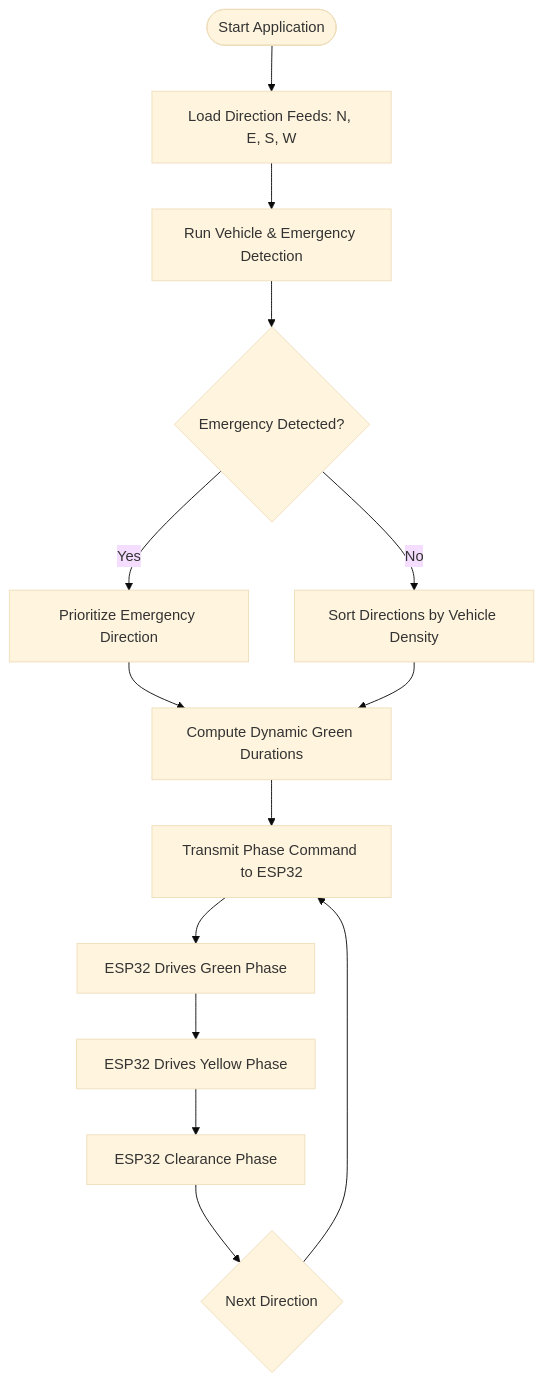
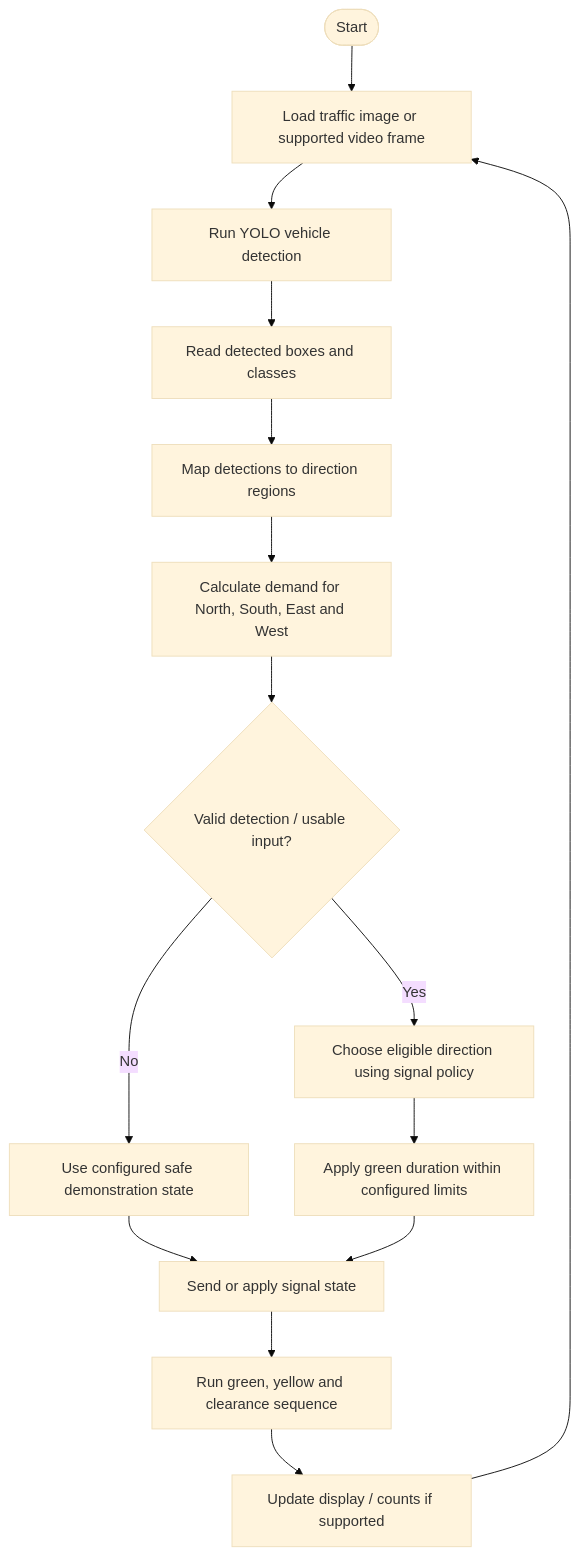
Before and after one commit to Gurugvs/AI-Traffic-Signal-Control-IoT: the second of 4 diagrams in README.md, drawn with Mermaid (base theme). The commit also changed other lines of this file, not shown here.

````diff
--- a/README.md
+++ b/README.md
@@ -100,16 +152,17 @@
 ```mermaid
 flowchart TD
-    S([Start Application]) --> A[Load Direction Feeds: N, E, S, W]
-    A --> B[Run Vehicle & Emergency Detection]
-    B --> C{Emergency Detected?}
-    C -- Yes --> D[Prioritize Emergency Direction]
-    C -- No --> E[Sort Directions by Vehicle Density]
-    D --> F[Compute Dynamic Green Durations]
-    E --> F
-    F --> G[Transmit Phase Command to ESP32]
-    G --> H[ESP32 Drives Green Phase]
-    H --> I[ESP32 Drives Yellow Phase]
-    I --> J[ESP32 Clearance Phase]
-    J --> K{Next Direction}
-    K --> G
+    S([Start]) --> A[Load traffic image or supported video frame]
+    A --> B[Run YOLO vehicle detection]
+    B --> C[Read detected boxes and classes]
+    C --> D[Map detections to direction regions]
+    D --> E[Calculate demand for North, South, East and West]
+    E --> F{Valid detection / usable input?}
+    F -- No --> G[Use configured safe demonstration state]
+    F -- Yes --> H[Choose eligible direction using signal policy]
+    H --> I[Apply green duration within configured limits]
+    G --> J[Send or apply signal state]
+    I --> J
+    J --> K[Run green, yellow and clearance sequence]
+    K --> L[Update display / counts if supported]
+    L --> A
 ```
````
